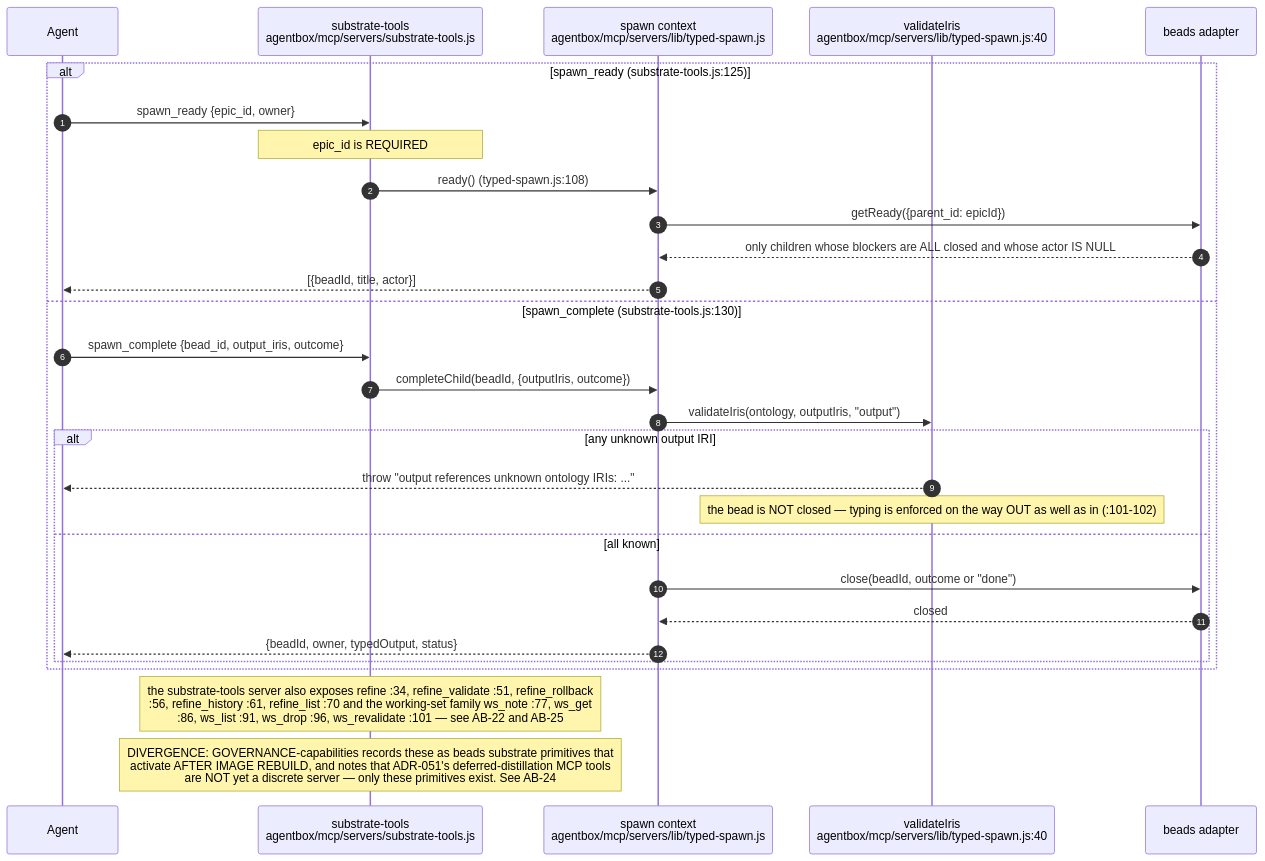
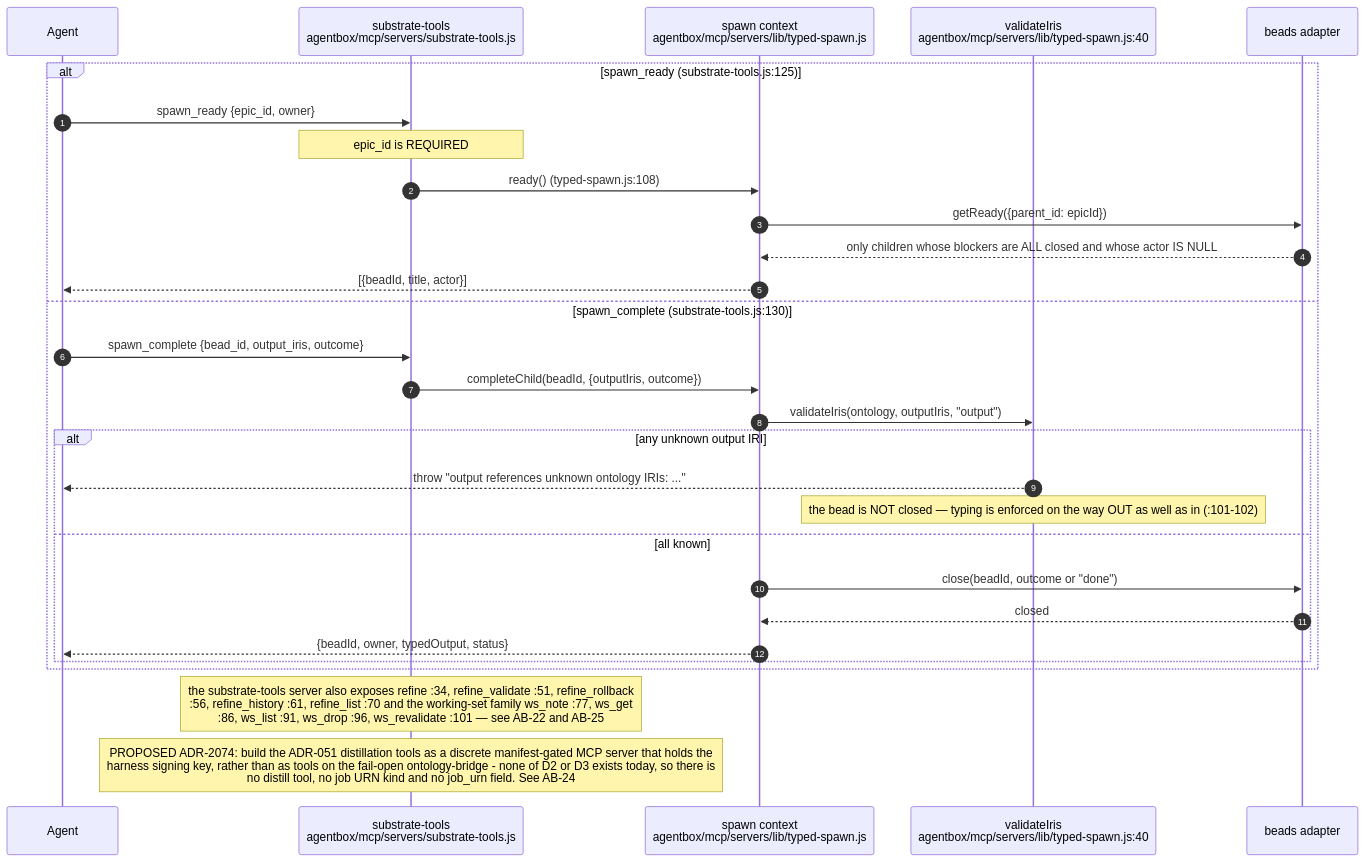
The seventh of 9 diagrams in docs/diagrams/agentbox/26-headroom-beads-spawn-brain.md (DreamLab-AI/AR-AI-Knowledge-Graph), drawn with Mermaid before and after one commit. The commit also changed other lines of this file and 172 other files, not shown here.

````diff
--- a/docs/diagrams/agentbox/26-headroom-beads-spawn-brain.md
+++ b/docs/diagrams/agentbox/26-headroom-beads-spawn-brain.md
@@ -280,32 +281,32 @@
 ```mermaid
 sequenceDiagram
     autonumber
     participant AG as Agent
     participant ST as substrate-tools<br/>agentbox/mcp/servers/substrate-tools.js
     participant CTX as spawn context<br/>agentbox/mcp/servers/lib/typed-spawn.js
     participant VAL as validateIris<br/>agentbox/mcp/servers/lib/typed-spawn.js:40
     participant BEADS as beads adapter
 
     alt spawn_ready (substrate-tools.js:125)
         AG->>ST: spawn_ready {epic_id, owner}
         Note over ST: epic_id is REQUIRED
         ST->>CTX: ready() (typed-spawn.js:108)
         CTX->>BEADS: getReady({parent_id: epicId})
         BEADS-->>CTX: only children whose blockers are ALL closed and whose actor IS NULL
         CTX-->>AG: [{beadId, title, actor}]
     else spawn_complete (substrate-tools.js:130)
         AG->>ST: spawn_complete {bead_id, output_iris, outcome}
         ST->>CTX: completeChild(beadId, {outputIris, outcome})
         CTX->>VAL: validateIris(ontology, outputIris, "output")
         alt any unknown output IRI
             VAL-->>AG: throw "output references unknown ontology IRIs: ..."
             Note over VAL: the bead is NOT closed — typing is enforced on the way OUT as well as in (:101-102)
         else all known
             CTX->>BEADS: close(beadId, outcome or "done")
             BEADS-->>CTX: closed
             CTX-->>AG: {beadId, owner, typedOutput, status}
         end
     end
     Note over ST: the substrate-tools server also exposes refine :34, refine_validate :51, refine_rollback<br/>:56, refine_history :61, refine_list :70 and the working-set family ws_note :77, ws_get<br/>:86, ws_list :91, ws_drop :96, ws_revalidate :101 — see AB-22 and AB-25
-    Note over ST: DIVERGENCE: GOVERNANCE-capabilities records these as beads substrate primitives that<br/>activate AFTER IMAGE REBUILD, and notes that ADR-051's deferred-distillation MCP tools<br/>are NOT yet a discrete server — only these primitives exist. See AB-24
+    Note over ST: PROPOSED ADR-2074: build the ADR-051 distillation tools as a discrete manifest-gated MCP server that holds the<br/>harness signing key, rather than as tools on the fail-open ontology-bridge - none of D2 or D3 exists today, so there is<br/>no distill tool, no job URN kind and no job_urn field. See AB-24
 ```
````
